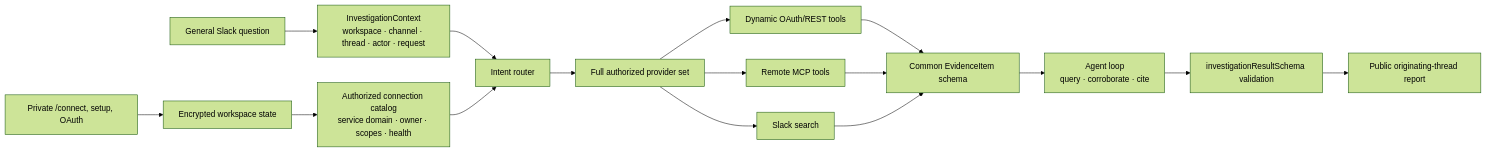
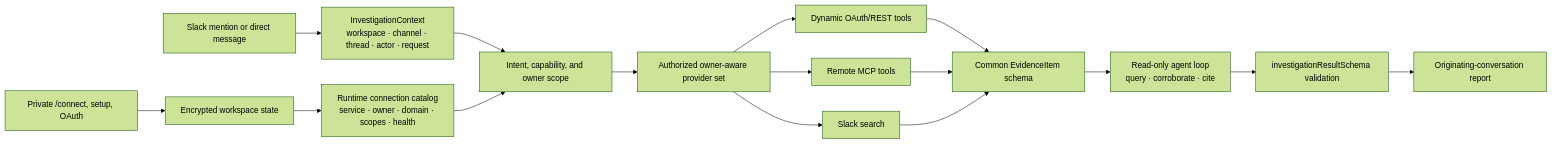
Before and after one commit to kjblue3/agentkj: the diagram in ARCHITECTURE.md, drawn with Mermaid (forest theme). The commit also changed other lines of this file and 50 other files, not shown here.

````diff
--- a/ARCHITECTURE.md
+++ b/ARCHITECTURE.md
@@ -3,18 +3,18 @@
 ```mermaid
 flowchart LR
-  U["General Slack question"] --> C["InvestigationContext<br/>workspace · channel · thread · actor · request"]
-  C --> I["Intent router"]
-  D["Authorized connection catalog<br/>service domain · owner · scopes · health"] --> I
-  I --> S["Full authorized provider set"]
+  U["Slack mention or direct message"] --> C["InvestigationContext<br/>workspace · channel · thread · actor · request"]
+  C --> I["Intent, capability, and owner scope"]
+  D["Runtime connection catalog<br/>service · owner · domain · scopes · health"] --> I
+  I --> S["Authorized owner-aware provider set"]
   S --> T1["Dynamic OAuth/REST tools"]
   S --> T2["Remote MCP tools"]
   S --> T3["Slack search"]
   T1 --> N["Common EvidenceItem schema"]
   T2 --> N
   T3 --> N
-  N --> A["Agent loop<br/>query · corroborate · cite"]
+  N --> A["Read-only agent loop<br/>query · corroborate · cite"]
   A --> V["investigationResultSchema validation"]
-  V --> R["Public originating-thread report"]
+  V --> R["Originating-conversation report"]
   P["Private /connect, setup, OAuth"] --> E["Encrypted workspace state"]
   E --> D
 ```
````
